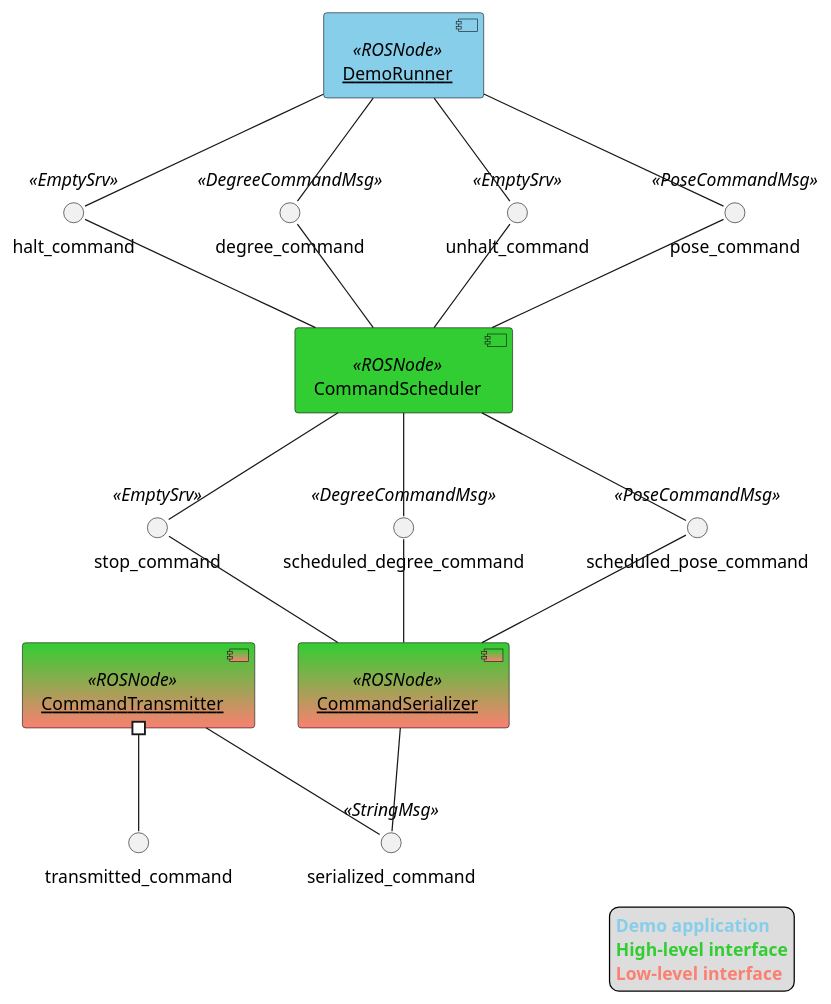
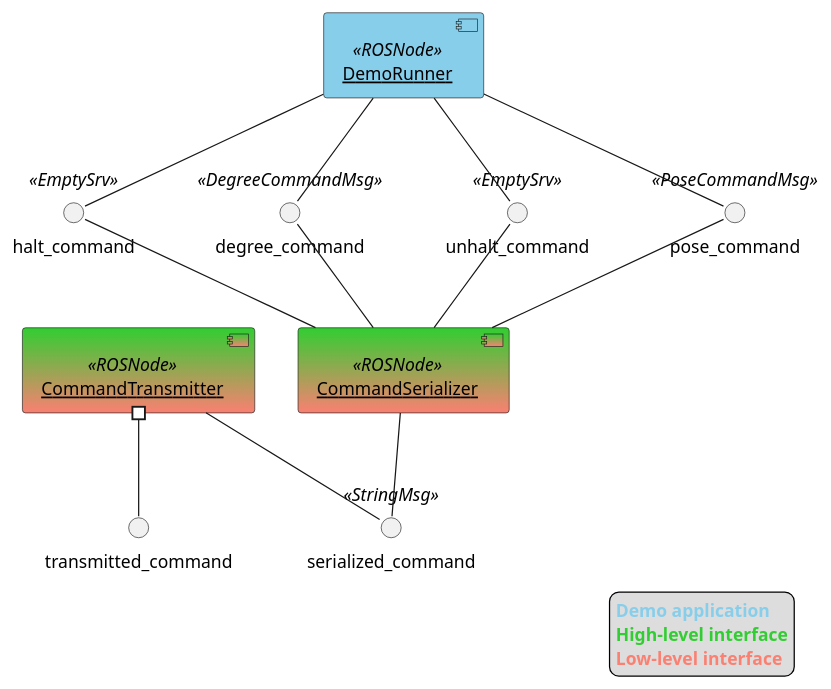
Before and after one commit to bscp/al5d_cpp: the diagram in doc/component_diagram.puml, drawn with PlantUML. The commit also changed 8 other files, not shown here.

Commit message:
Update UML diagrams

```diff
--- a/doc/component_diagram.puml
+++ b/doc/component_diagram.puml
@@ -1,42 +1,32 @@
 @startuml
 
 interface halt_command <<EmptySrv>>
 interface degree_command <<DegreeCommandMsg>>
 interface unhalt_command <<EmptySrv>>
 interface pose_command <<PoseCommandMsg>>
-interface stop_command <<EmptySrv>>
-interface scheduled_degree_command <<DegreeCommandMsg>>
-interface scheduled_pose_command <<PoseCommandMsg>>
 interface transmitted_command
 interface serialized_command <<StringMsg>>
 
-component CommandScheduler <<ROSNode>> #LimeGreen
 component "<u>DemoRunner</u>" <<ROSNode>> as DemoRunner #SkyBlue
 component "<u>CommandSerializer</u>" <<ROSNode>> as CommandSerializer #LimeGreen-Salmon
 component "<u>CommandTransmitter</u>" <<ROSNode>> as CommandTransmitter #LimeGreen-Salmon
 
 DemoRunner -- halt_command
 DemoRunner -- degree_command
 DemoRunner -- unhalt_command
 DemoRunner -- pose_command
-halt_command -- CommandScheduler
-unhalt_command -- CommandScheduler
-pose_command -- CommandScheduler
-degree_command -- CommandScheduler
-CommandScheduler -- stop_command
-CommandScheduler -- scheduled_degree_command
-CommandScheduler -- scheduled_pose_command
+halt_command -- CommandSerializer
+unhalt_command -- CommandSerializer
+pose_command -- CommandSerializer
+degree_command -- CommandSerializer
 CommandTransmitter #-- transmitted_command
-stop_command -- CommandSerializer
 CommandSerializer -- serialized_command
 serialized_command -up- CommandTransmitter
-scheduled_degree_command -- CommandSerializer
-scheduled_pose_command -- CommandSerializer
 
 legend right
   <b><color:SkyBlue>Demo application</color></b>
   <b><color:LimeGreen>High-level interface</color></b>
   <b><color:Salmon>Low-level interface</color></b>
 endlegend
 
 @enduml
```
